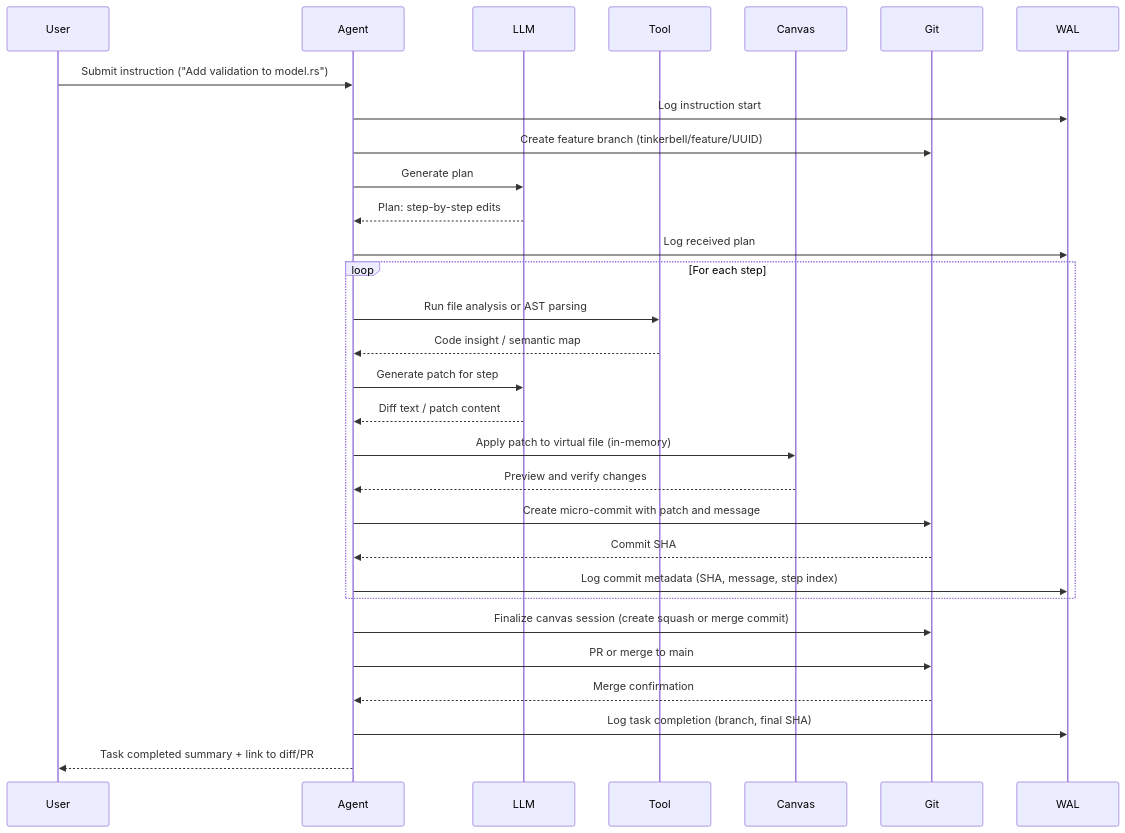
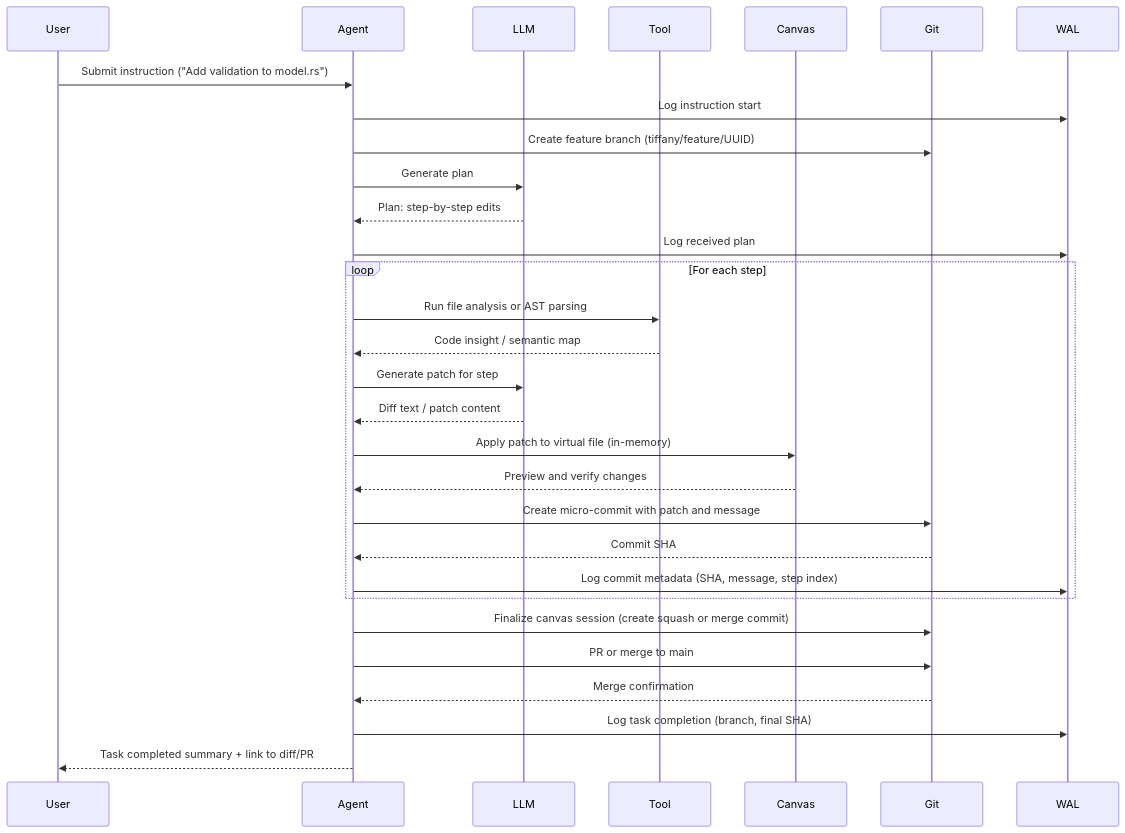
One commit to microscaler/tinkerbell changed the diagram in docs/mdbook/src/adr/0005-Virtual_Canvas_and_GitOps_Strategy.md. Above: the diagram before and after it, drawn with Mermaid. The commit also changed other lines of this file and 95 other files, not shown here.

First line of the commit message:
Rename Tinkerbell to Tiffany (#49)

````diff
--- a/docs/mdbook/src/adr/0005-Virtual_Canvas_and_GitOps_Strategy.md
+++ b/docs/mdbook/src/adr/0005-Virtual_Canvas_and_GitOps_Strategy.md
@@ -68,35 +68,35 @@
 ```mermaid
 sequenceDiagram
     participant User
     participant Agent
     participant LLM
     participant Tool
     participant Canvas
     participant Git
     participant WAL
 
     User->>Agent: Submit instruction ("Add validation to model.rs")
     Agent->>WAL: Log instruction start
-    Agent->>Git: Create feature branch (tinkerbell/feature/UUID)
+    Agent->>Git: Create feature branch (tiffany/feature/UUID)
     Agent->>LLM: Generate plan
     LLM-->>Agent: Plan: step-by-step edits
     Agent->>WAL: Log received plan
 
     loop For each step
         Agent->>Tool: Run file analysis or AST parsing
         Tool-->>Agent: Code insight / semantic map
         Agent->>LLM: Generate patch for step
         LLM-->>Agent: Diff text / patch content
         Agent->>Canvas: Apply patch to virtual file (in-memory)
         Canvas-->>Agent: Preview and verify changes
         Agent->>Git: Create micro-commit with patch and message
         Git-->>Agent: Commit SHA
         Agent->>WAL: Log commit metadata (SHA, message, step index)
     end
 
     Agent->>Git: Finalize canvas session (create squash or merge commit)
     Agent->>Git: PR or merge to main
     Git-->>Agent: Merge confirmation
     Agent->>WAL: Log task completion (branch, final SHA)
     Agent-->>User: Task completed summary + link to diff/PR
 ```
````
